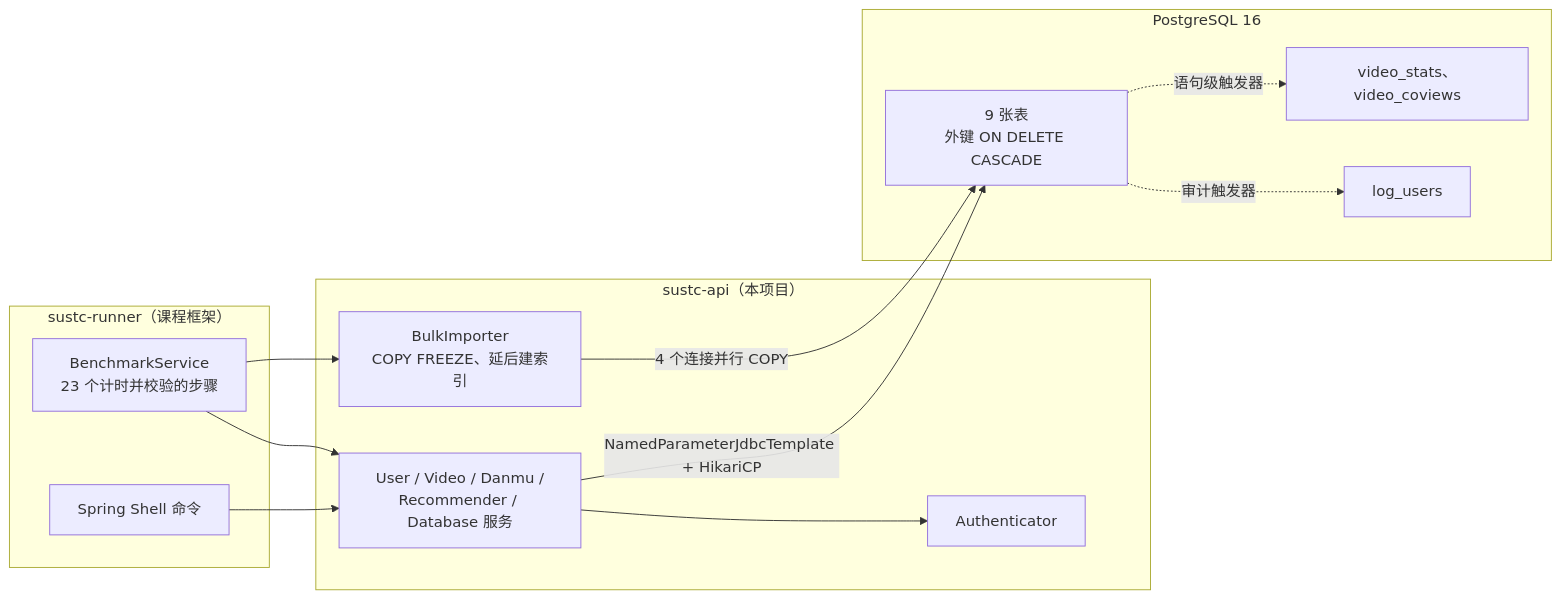
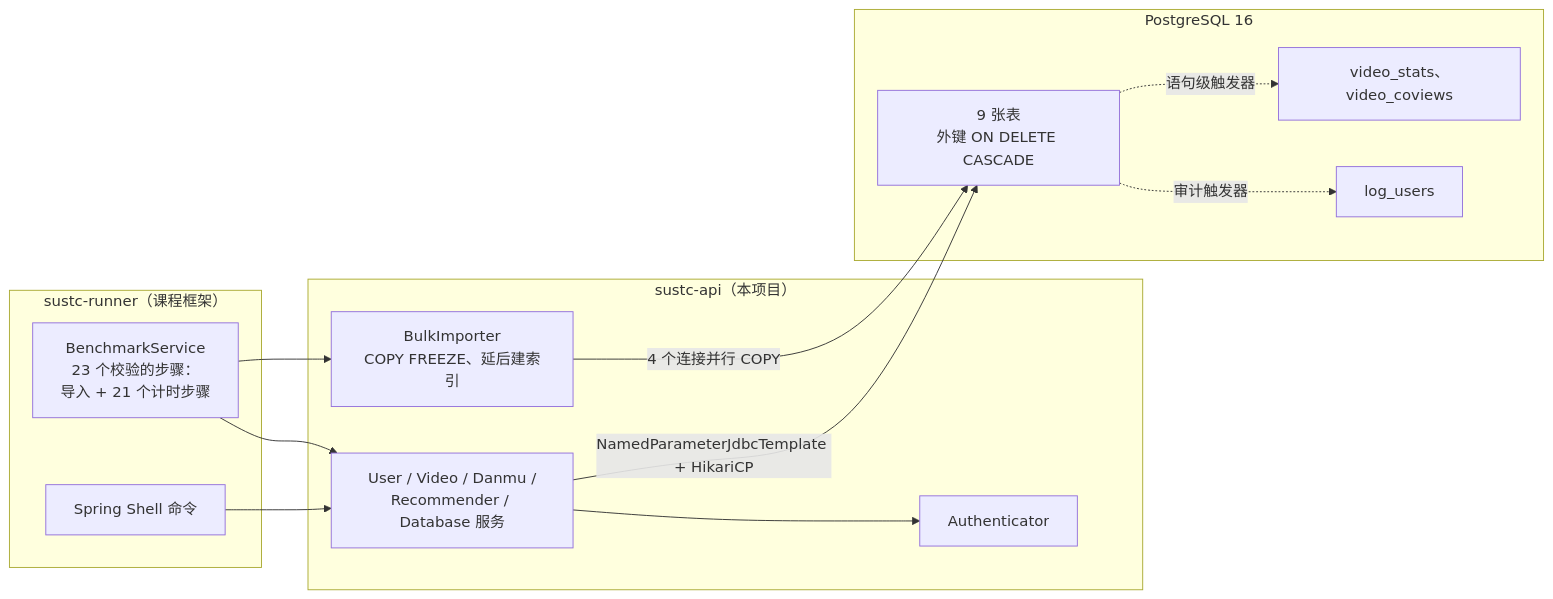
The first of 2 diagrams in README.zh-CN.md (smallfishsworld/Video-Sharing-Platform-Database-System), drawn with Mermaid before and after one commit. The commit also changed other lines of this file, not shown here.

````diff
--- a/README.zh-CN.md
+++ b/README.zh-CN.md
@@ -33,25 +34,25 @@
 ```mermaid
 flowchart LR
     subgraph runner["sustc-runner（课程框架）"]
         shell["Spring Shell 命令"]
-        bench["BenchmarkService<br/>23 个计时并校验的步骤"]
+        bench["BenchmarkService<br/>23 个校验的步骤：<br/>导入 + 21 个计时步骤"]
     end
     subgraph api["sustc-api（本项目）"]
         services["User / Video / Danmu /<br/>Recommender / Database 服务"]
         auth["Authenticator"]
         importer["BulkImporter<br/>COPY FREEZE、延后建索引"]
     end
     subgraph pg["PostgreSQL 16"]
         tables["9 张表<br/>外键 ON DELETE CASCADE"]
         derived["video_stats、video_coviews"]
         audit["log_users"]
     end
     shell --> services
     bench --> services
     bench --> importer
     services --> auth
     services -- "NamedParameterJdbcTemplate + HikariCP" --> tables
     importer -- "4 个连接并行 COPY" --> tables
     tables -. "语句级触发器" .-> derived
     tables -. "审计触发器" .-> audit
 ```
````
